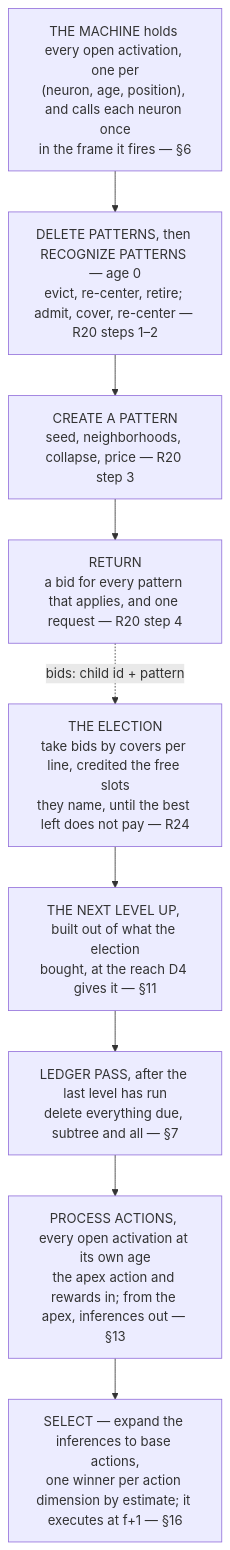
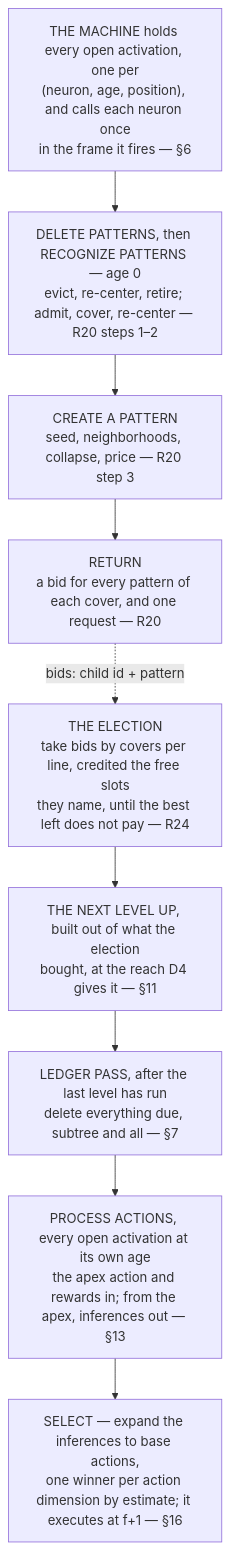
The diagram in docs/algorithm-remarks.md (cucar/robot_brain), drawn with Mermaid before and after one commit. The commit also changed other lines of this file and 4 other files, not shown here.

Commit message:
the offer is the cover; the request names the pattern added and the patterns retired

````diff
--- a/docs/algorithm-remarks.md
+++ b/docs/algorithm-remarks.md
@@ -830,12 +811,12 @@
 ```mermaid
 flowchart TD
     A["THE MACHINE holds every open activation, one per<br/>(neuron, age, position), and calls each neuron once<br/>in the frame it fires — §6"]
     A --> B["DELETE PATTERNS, then RECOGNIZE PATTERNS — age 0<br/>evict, re-center, retire; admit, cover, re-center — R20 steps 1–2"]
     B --> M["CREATE A PATTERN<br/>seed, neighborhoods, collapse, price — R20 step 3"]
-    M --> P["RETURN<br/>a bid for every pattern that applies, and one request — R20 step 4"]
+    M --> P["RETURN<br/>a bid for every pattern of each cover, and one request — R20"]
     P -.->|"bids: child id + pattern"| X["THE ELECTION<br/>take bids by covers per line, credited the free slots<br/>they name, until the best left does not pay — R24"]
     X --> O["THE NEXT LEVEL UP, built out of what the election<br/>bought, at the reach D4 gives it — §11"]
     O --> Z["LEDGER PASS, after the last level has run<br/>delete everything due, subtree and all — §7"]
     Z --> W["PROCESS ACTIONS, every open activation at its own age<br/>the apex action and rewards in; from the apex, inferences out — §13"]
     W --> S["SELECT — expand the inferences to base actions,<br/>one winner per action dimension by estimate; it executes at f+1 — §16"]
 ```
````
